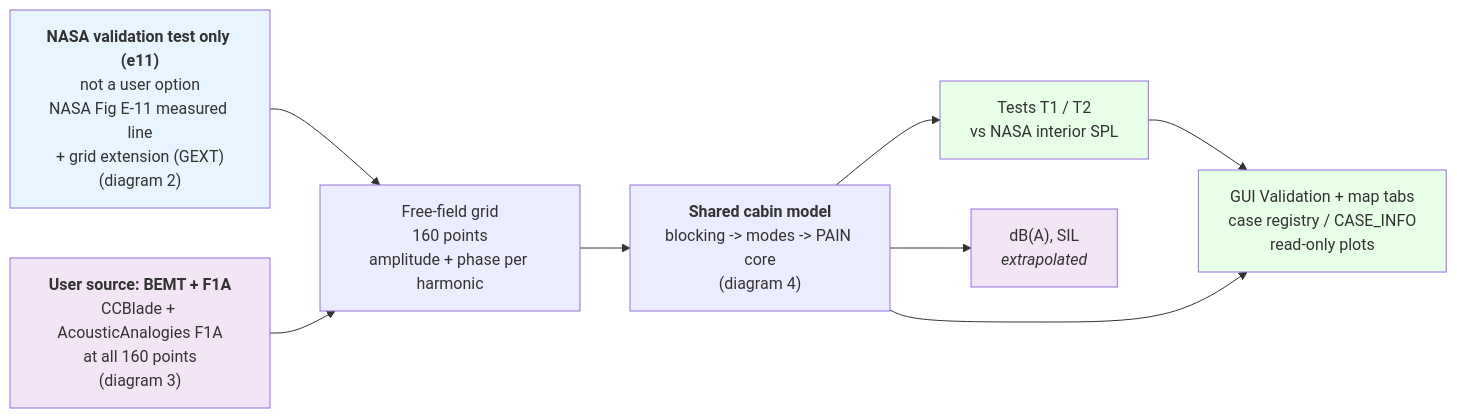
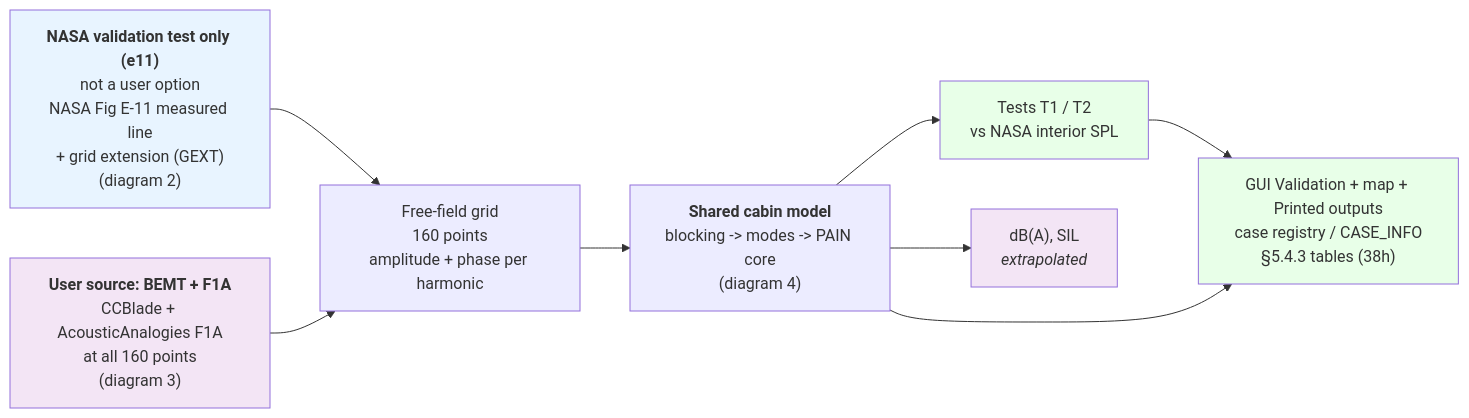
One commit to hoangf1/PAIN changed the first of 6 diagrams in rea-work/docs/flowchart.md. Above: the diagram before and after it, drawn with Mermaid. The commit also changed other lines of this file and 16 other files, not shown here.

Commit message:
38h: Manual printed outputs (report + GUI page); 38g spec and criterion count rule

````diff
--- a/rea-work/docs/flowchart.md
+++ b/rea-work/docs/flowchart.md
@@ -25,24 +25,24 @@
 ```mermaid
 flowchart LR
     V["<b>NASA validation test only (e11)</b><br/>not a user option<br/>NASA Fig E-11 measured line<br/>+ grid extension (GEXT)<br/>(diagram 2)"]
     A["<b>User source: BEMT + F1A</b><br/>CCBlade + AcousticAnalogies F1A<br/>at all 160 points<br/>(diagram 3)"]
     G["Free-field grid<br/>160 points<br/>amplitude + phase per harmonic"]
     S["<b>Shared cabin model</b><br/>blocking -> modes -> PAIN core<br/>(diagram 4)"]
     T["Tests T1 / T2<br/>vs NASA interior SPL"]
     M["dB(A), SIL<br/><i>extrapolated</i>"]
-    GUI["GUI Validation + map tabs<br/>case registry / CASE_INFO<br/>read-only plots"]
+    GUI["GUI Validation + map + Printed outputs<br/>case registry / CASE_INFO<br/>§5.4.3 tables (38h)"]
 
     V --> G
     A --> G
     G --> S
     S --> T
     S --> M
     T --> GUI
     S --> GUI
 
     style V fill:#e8f4ff
     style A fill:#f3e5f5
     style T fill:#e8ffe8
     style M fill:#f3e5f5
     style GUI fill:#e8ffe8
 ```
````
